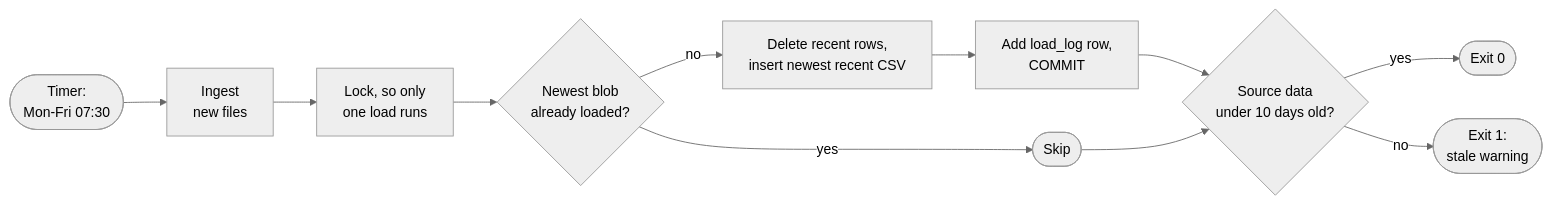
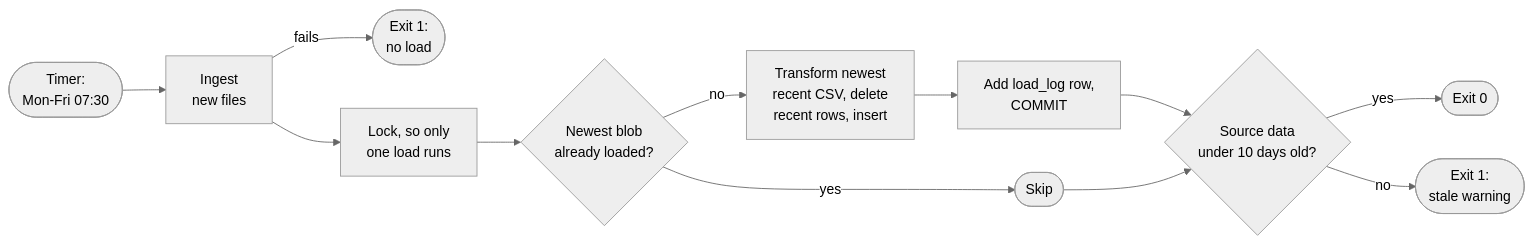
One commit to im-kenough/DineSafeViz changed the third of 3 diagrams in docs-new/ref/3-1-data-architecture.md. Above: the diagram before and after it, drawn with Mermaid (neutral theme). The commit also changed other lines of this file and 9 other files, not shown here.

First line of the commit message:
docs: update data architecture docs (#268)

````diff
--- a/docs-new/ref/3-1-data-architecture.md
+++ b/docs-new/ref/3-1-data-architecture.md
@@ -123,13 +136,14 @@
 ```mermaid
 flowchart LR
     timer(["Timer:<br/>Mon-Fri 07:30"]) --> ingest["Ingest<br/>new files"]
+    ingest -- fails --> ifail(["Exit 1:<br/>no load"])
     ingest --> lock["Lock, so only<br/>one load runs"]
     lock --> cur{"Newest blob<br/>already loaded?"}
     cur -- yes --> skip(["Skip"])
-    cur -- no --> swap["Delete recent rows,<br/>insert newest recent CSV"]
+    cur -- no --> swap["Transform newest<br/>recent CSV, delete<br/>recent rows, insert"]
     swap --> commit["Add load_log row,<br/>COMMIT"]
     commit --> fresh{"Source data<br/>under 10 days old?"}
     skip --> fresh
     fresh -- yes --> ok(["Exit 0"])
     fresh -- no --> stale(["Exit 1:<br/>stale warning"])
 ```
````
